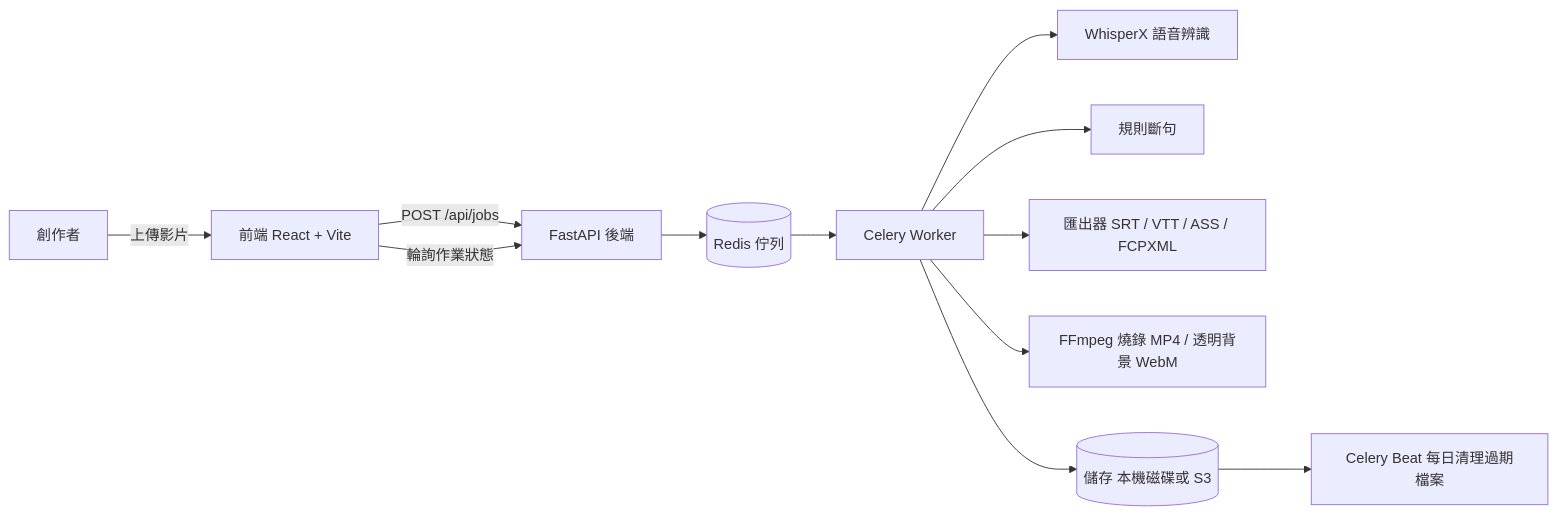
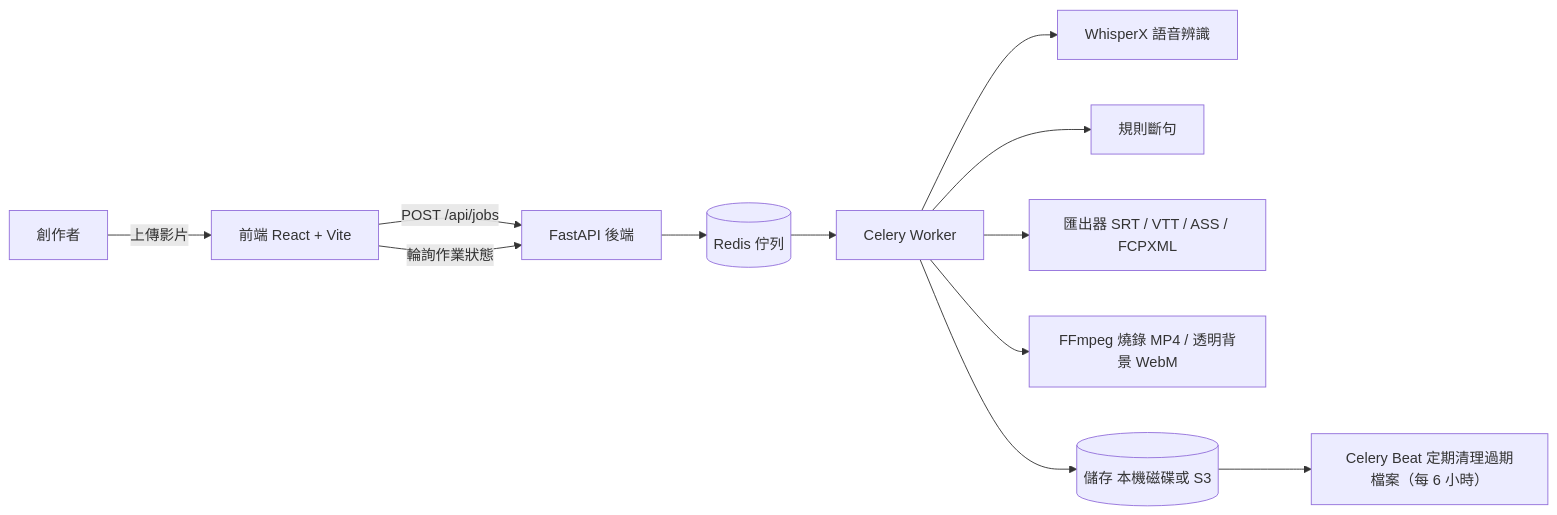
The diagram in README.md (nashwu0117/Sub-For-Creator), drawn with Mermaid before and after one commit. The commit also changed other lines of this file and 30 other files, not shown here.

````diff
--- a/README.md
+++ b/README.md
@@ -22,14 +22,14 @@
 ```mermaid
 flowchart LR
     U[創作者] -->|上傳影片| F[前端 React + Vite]
     F -->|POST /api/jobs| A[FastAPI 後端]
     A --> R[(Redis 佇列)]
     R --> W[Celery Worker]
     W --> X[WhisperX 語音辨識]
     W --> S[規則斷句]
     W --> E[匯出器 SRT / VTT / ASS / FCPXML]
     W --> FF[FFmpeg 燒錄 MP4 / 透明背景 WebM]
     W --> ST[(儲存 本機磁碟或 S3)]
-    ST --> C[Celery Beat 每日清理過期檔案]
+    ST --> C[Celery Beat 定期清理過期檔案（每 6 小時）]
     F -->|輪詢作業狀態| A
 ```
````
